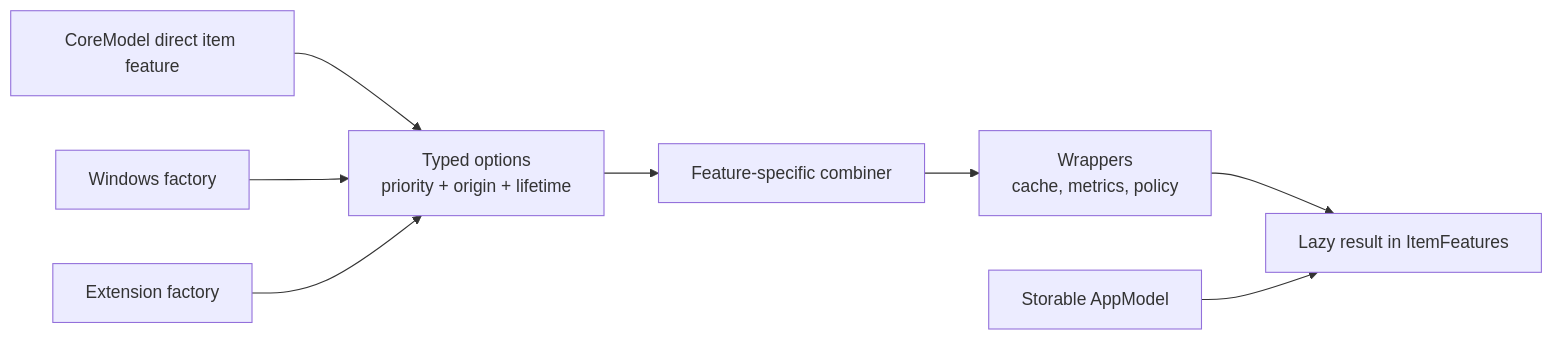
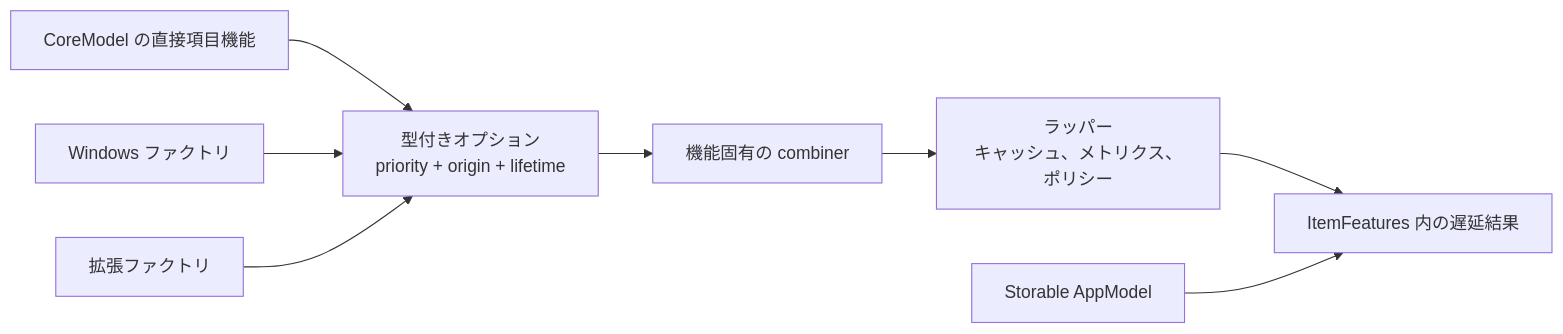
One commit to 0x5bfa/Files changed the first of 4 diagrams in docs/architecture/item-features.md. Above: the diagram before and after it, drawn with Mermaid. The commit also changed other lines of this file and 18 other files, not shown here.

Commit message:
Translate architecture docs to Japanese

````diff
--- a/docs/architecture/item-features.md
+++ b/docs/architecture/item-features.md
@@ -24,19 +26,19 @@
 ```mermaid
 flowchart LR
-    Core["CoreModel direct item feature"]
-    Windows["Windows factory"]
-    Extension["Extension factory"]
-    Options["Typed options\npriority + origin + lifetime"]
-    Combiner["Feature-specific combiner"]
-    Wrappers["Wrappers\ncache, metrics, policy"]
-    Features["Lazy result in ItemFeatures"]
+    Core["CoreModel の直接項目機能"]
+    Windows["Windows ファクトリ"]
+    Extension["拡張ファクトリ"]
+    Options["型付きオプション\npriority + origin + lifetime"]
+    Combiner["機能固有の combiner"]
+    Wrappers["ラッパー\nキャッシュ、メトリクス、ポリシー"]
+    Features["ItemFeatures 内の遅延結果"]
     Model["Storable AppModel"]
 
     Core --> Options
     Windows --> Options
     Extension --> Options
     Options --> Combiner
     Combiner --> Wrappers
     Wrappers --> Features
     Model --> Features
 ```
````
